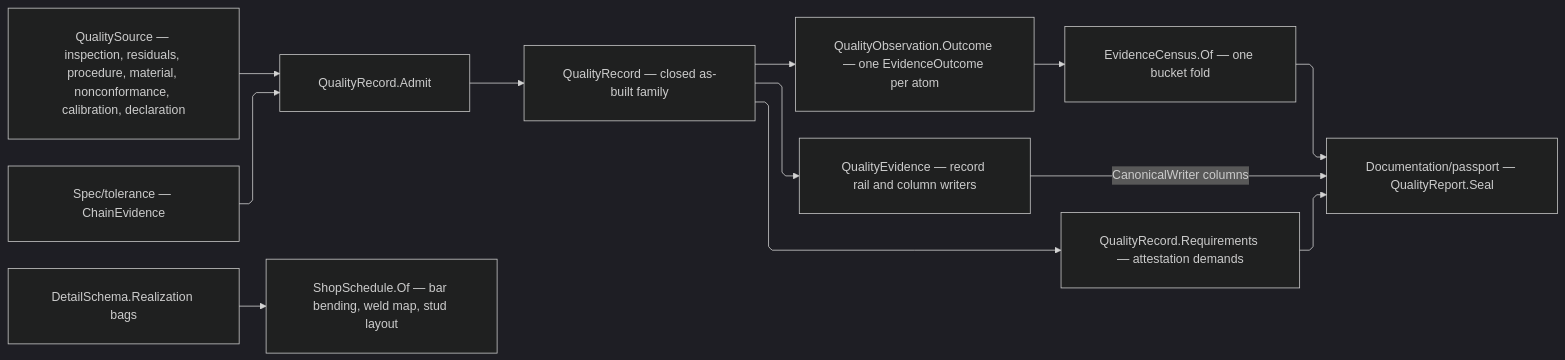
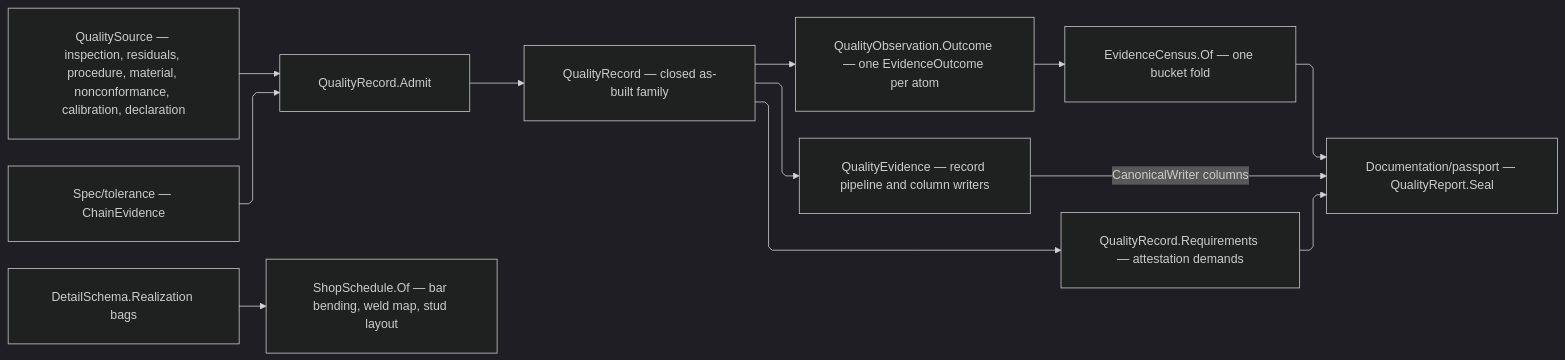
One commit to bsamiee/Rasm changed the diagram in libs/dotnet/Rasm.Fabrication/.planning/Documentation/report.md. Above: the diagram before and after it, drawn with Mermaid (dark theme). The commit also changed other lines of this file and 1997 other files, not shown here.

````diff
--- a/libs/dotnet/Rasm.Fabrication/.planning/Documentation/report.md
+++ b/libs/dotnet/Rasm.Fabrication/.planning/Documentation/report.md
@@ -1608,23 +1586,23 @@
 ```mermaid
 ---
 config:
   layout: elk
   flowchart:
     curve: linear
     padding: 25
 ---
 flowchart LR
     accTitle: Quality record admission
     accDescr: One quality source admits into a typed record, every atom projects to one evidence outcome that folds into a bucket census, the record plane hands its columns and attestation demands to the passport seal, and realization bags fold separately into shop schedule deliverables.
     Source["QualitySource — inspection, residuals, procedure, material, nonconformance, calibration, declaration"] --> Admit["QualityRecord.Admit"]
     Admit --> Records["QualityRecord — closed as-built family"]
     Chain["Spec/tolerance — ChainEvidence"] --> Admit
     Records --> Observations["QualityObservation.Outcome — one EvidenceOutcome per atom"]
     Observations --> Census["EvidenceCensus.Of — one bucket fold"]
     Records --> Demands["QualityRecord.Requirements — attestation demands"]
-    Records --> Writer["QualityEvidence — record rail and column writers"]
+    Records --> Writer["QualityEvidence — record pipeline and column writers"]
     Census --> Seal["Documentation/passport — QualityReport.Seal"]
     Demands --> Seal
     Writer -->|"CanonicalWriter columns"| Seal
     Bags["DetailSchema.Realization bags"] --> Schedule["ShopSchedule.Of — bar bending, weld map, stud layout"]
 ```
````
